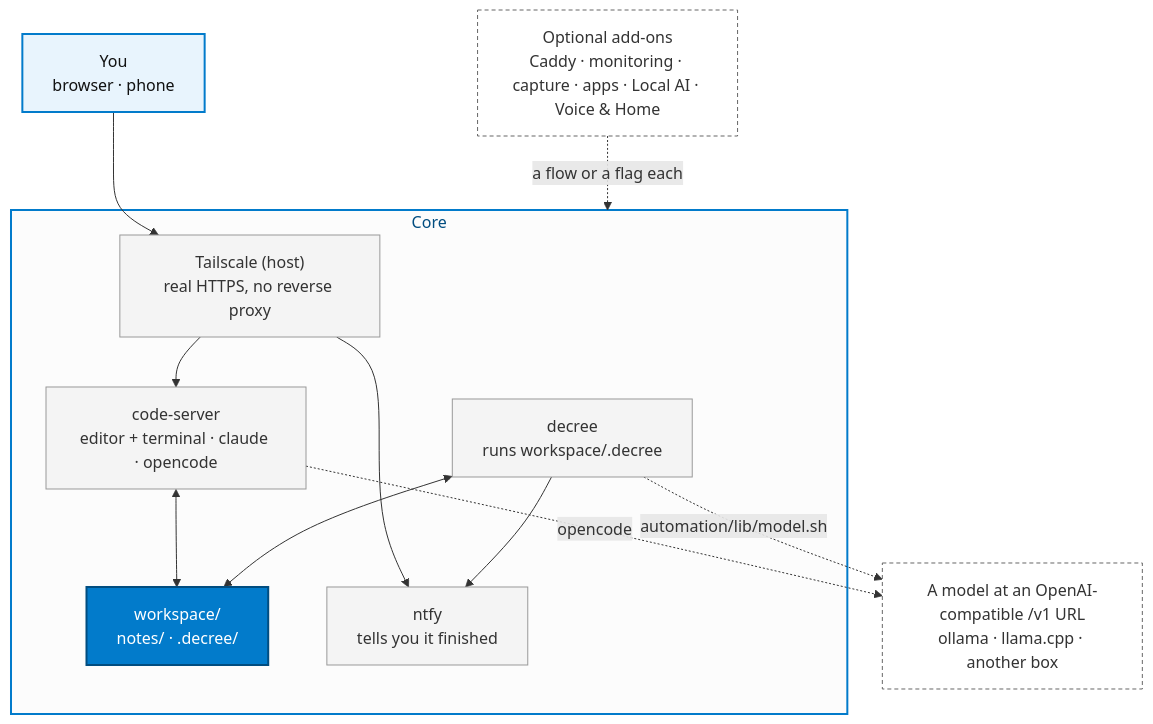
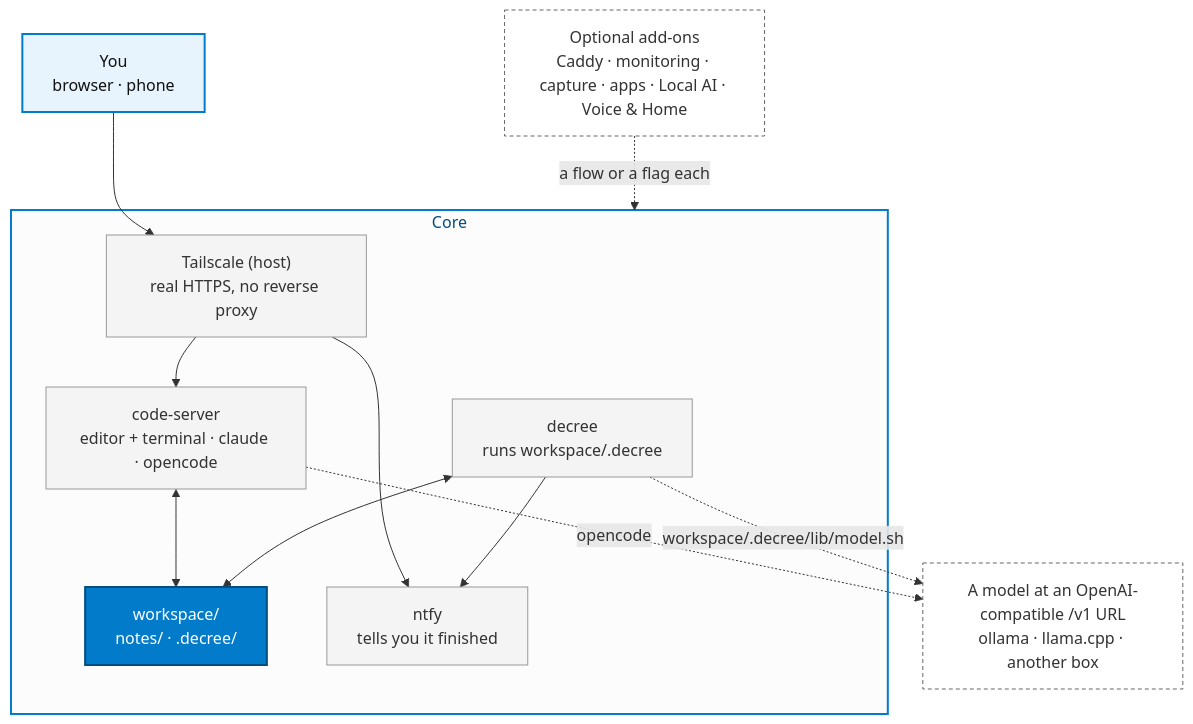
Before and after one commit to jtmckay/existential: the second of 2 diagrams in README.md, drawn with Mermaid. The commit also changed 426 other files, not shown here.

````diff
--- a/README.md
+++ b/README.md
@@ -92,35 +92,35 @@
 ```mermaid
 flowchart TB
     you["You<br/>browser · phone"]
 
     subgraph core["Core"]
         ts["Tailscale (host)<br/>real HTTPS, no reverse proxy"]
         cs["code-server<br/>editor + terminal · claude · opencode"]
         ws["workspace/<br/>notes/ · .decree/"]
         dec["decree<br/>runs workspace/.decree"]
         ntfy["ntfy<br/>tells you it finished"]
     end
 
     model["A model at an OpenAI-compatible /v1 URL<br/>ollama · llama.cpp · another box"]
     addons["Optional add-ons<br/>Caddy · monitoring · capture · apps · Local AI · Voice &amp; Home"]
 
     you --> ts
     ts --> cs
     ts --> ntfy
     cs <--> ws
     dec <--> ws
     dec --> ntfy
     cs -. "opencode" .-> model
-    dec -. "automation/lib/model.sh" .-> model
+    dec -. "workspace/.decree/lib/model.sh" .-> model
     addons -. "a flow or a flag each" .-> core
 
     classDef me fill:#e8f4fd,stroke:#027bcb,stroke-width:2px,color:#111
     classDef hub fill:#027bcb,stroke:#014d80,stroke-width:2px,color:#fff
     classDef box fill:#f4f4f4,stroke:#999,color:#333
     classDef ext fill:#fff,stroke:#666,stroke-dasharray:4 3,color:#333
     class you me
     class ws hub
     class ts,cs,dec,ntfy box
     class model,addons ext
     style core fill:#fcfcfc,stroke:#027bcb,stroke-width:2px,color:#014d80
 ```
````
